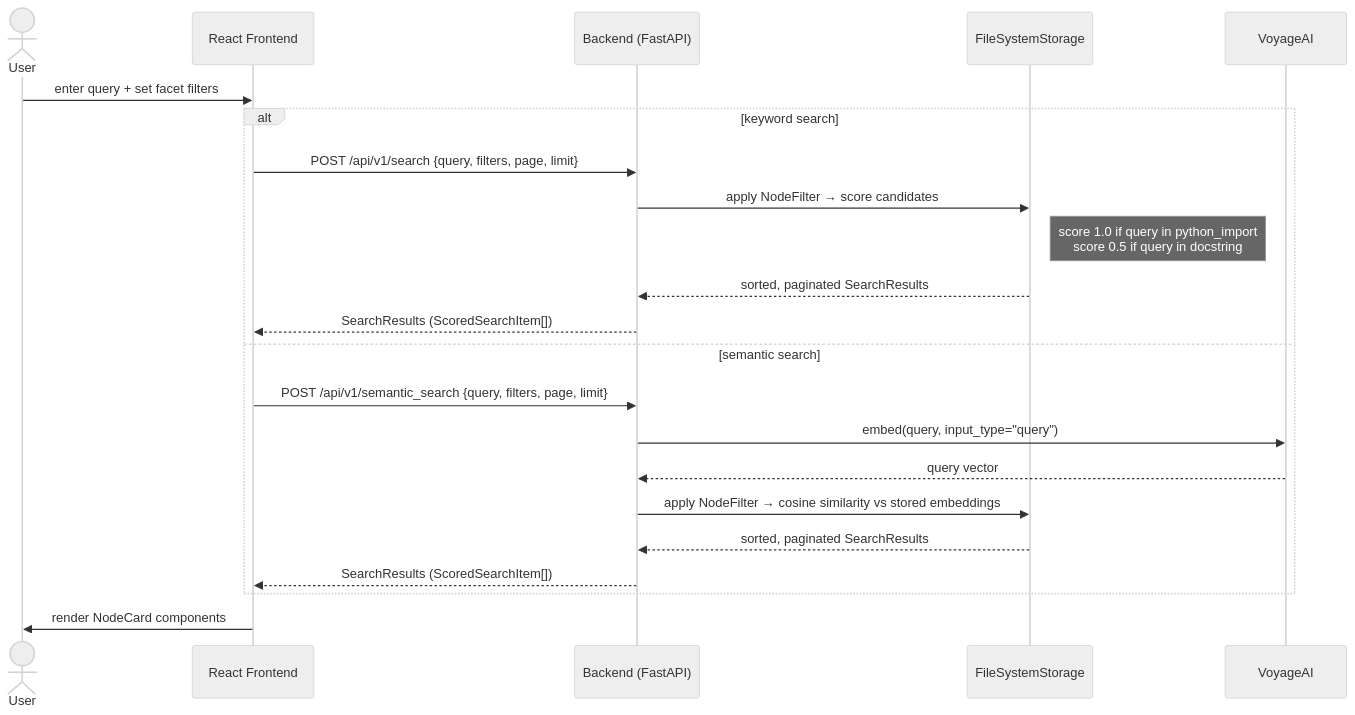
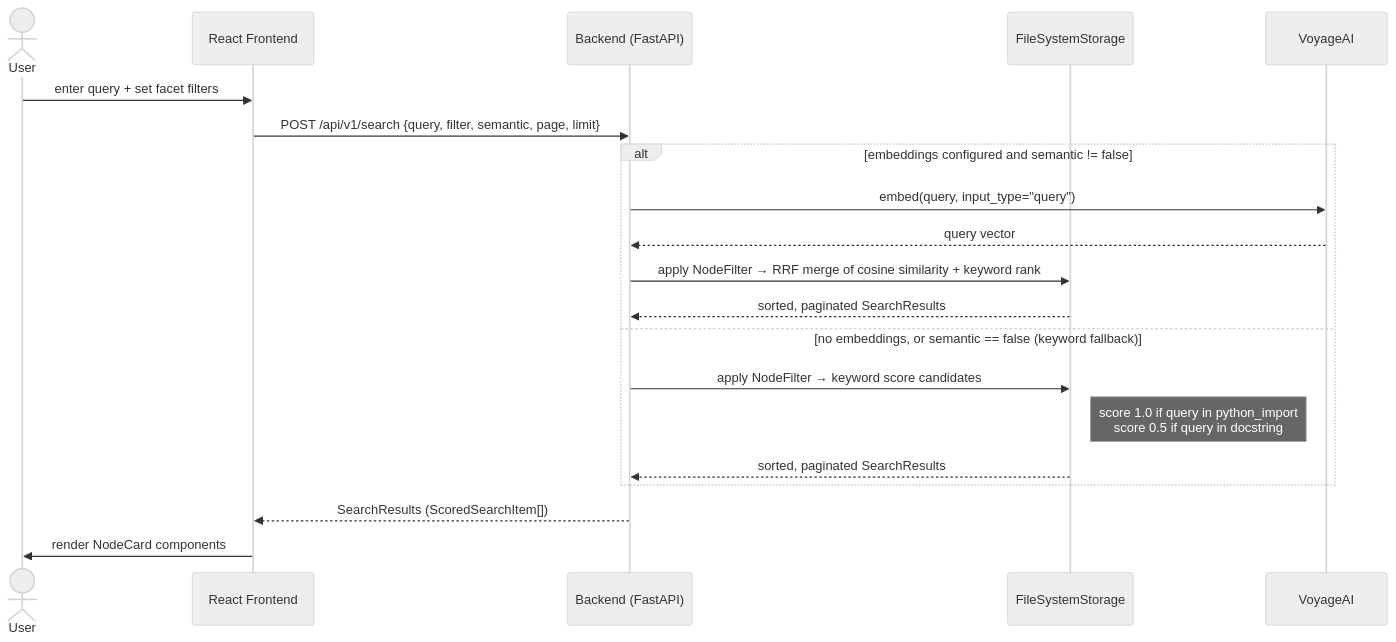
Before and after one commit to XzzX/sim_atlas: the fourth of 4 diagrams in docs/architecture.md, drawn with Mermaid (neutral theme). The commit also changed 17 other files, not shown here.

````diff
--- a/docs/architecture.md
+++ b/docs/architecture.md
@@ -137,25 +137,23 @@
 ```mermaid
 sequenceDiagram
     actor U as User
     participant F as React Frontend
     participant B as Backend (FastAPI)
     participant S as FileSystemStorage
     participant V as VoyageAI
 
     U->>F: enter query + set facet filters
-    alt keyword search
-        F->>B: POST /api/v1/search {query, filters, page, limit}
-        B->>S: apply NodeFilter → score candidates
+    F->>B: POST /api/v1/search {query, filter, semantic, page, limit}
+    alt embeddings configured and semantic != false
+        B->>V: embed(query, input_type="query")
+        V-->>B: query vector
+        B->>S: apply NodeFilter → RRF merge of cosine similarity + keyword rank
+        S-->>B: sorted, paginated SearchResults
+    else no embeddings, or semantic == false (keyword fallback)
+        B->>S: apply NodeFilter → keyword score candidates
         Note right of S: score 1.0 if query in python_import<br/>score 0.5 if query in docstring
         S-->>B: sorted, paginated SearchResults
-        B-->>F: SearchResults (ScoredSearchItem[])
-    else semantic search
-        F->>B: POST /api/v1/semantic_search {query, filters, page, limit}
-        B->>V: embed(query, input_type="query")
-        V-->>B: query vector
-        B->>S: apply NodeFilter → cosine similarity vs stored embeddings
-        S-->>B: sorted, paginated SearchResults
-        B-->>F: SearchResults (ScoredSearchItem[])
     end
+    B-->>F: SearchResults (ScoredSearchItem[])
     F->>U: render NodeCard components
 ```
````
